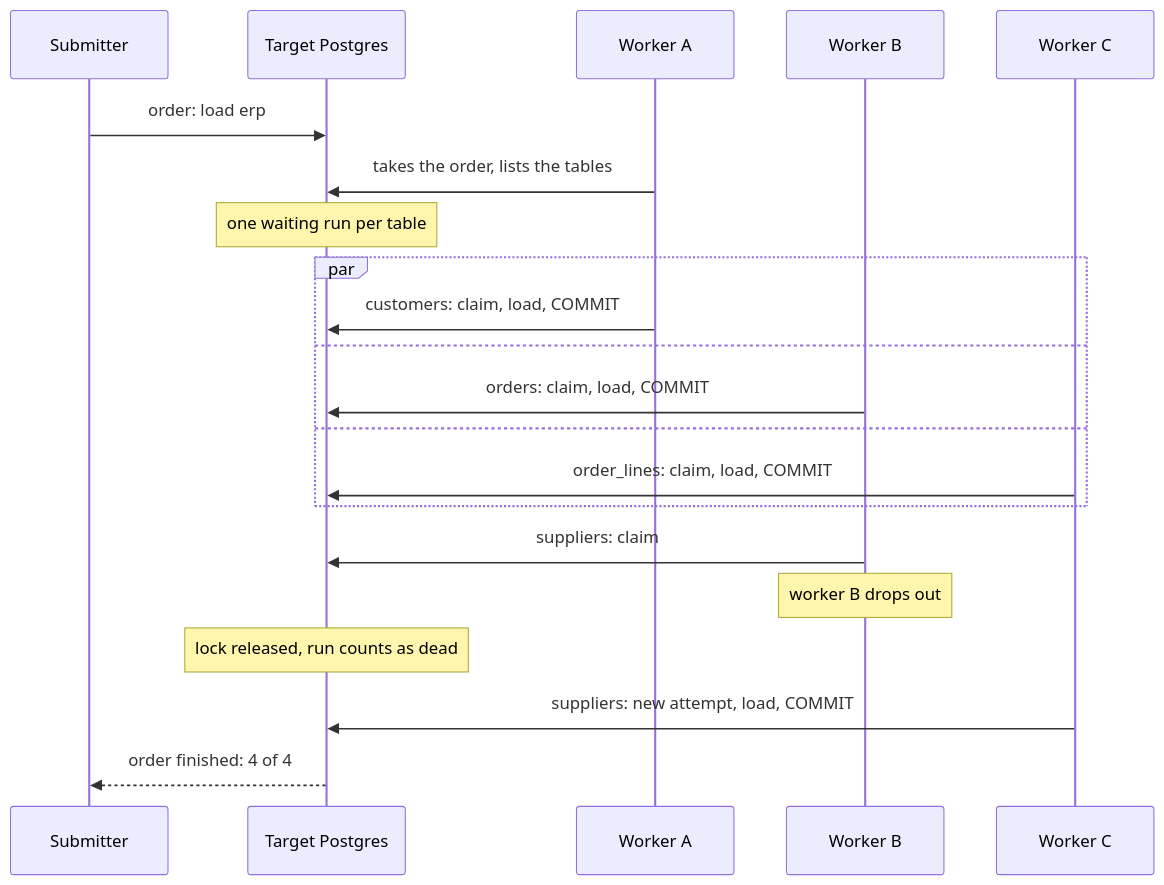
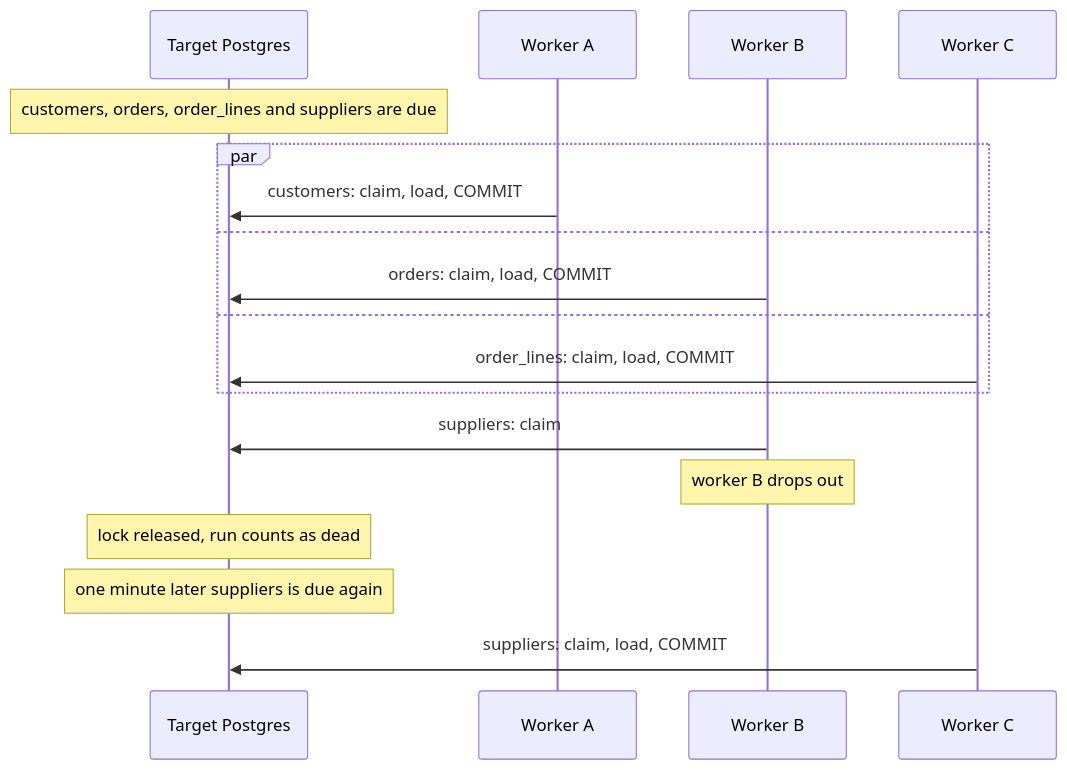
Before and after one commit to romanhaendler/rowvioli: the third of 5 diagrams in README.md, drawn with Mermaid. The commit also changed other lines of this file and 7 other files, not shown here.

First line of the commit message:
Replace orders and scheduler with a maximum age per table

````diff
--- a/README.md
+++ b/README.md
@@ -261,24 +367,21 @@
 ```mermaid
 sequenceDiagram
-    participant G as Submitter
     participant P as Target Postgres
     participant A as Worker A
     participant B as Worker B
     participant C as Worker C
 
-    G->>P: order: load erp
-    A->>P: takes the order, lists the tables
-    Note over P: one waiting run per table
+    Note over P: customers, orders, order_lines and suppliers are due
     par
         A->>P: customers: claim, load, COMMIT
     and
         B->>P: orders: claim, load, COMMIT
     and
         C->>P: order_lines: claim, load, COMMIT
     end
     B->>P: suppliers: claim
     Note over B: worker B drops out
     Note over P: lock released, run counts as dead
-    C->>P: suppliers: new attempt, load, COMMIT
-    P-->>G: order finished: 4 of 4
+    Note over P: one minute later suppliers is due again
+    C->>P: suppliers: claim, load, COMMIT
 ```
````
